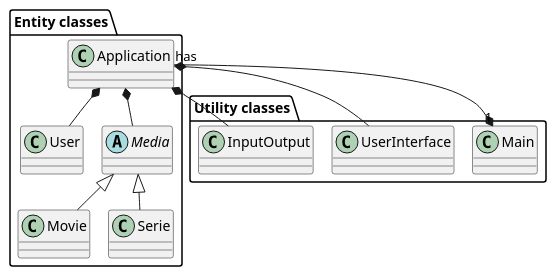
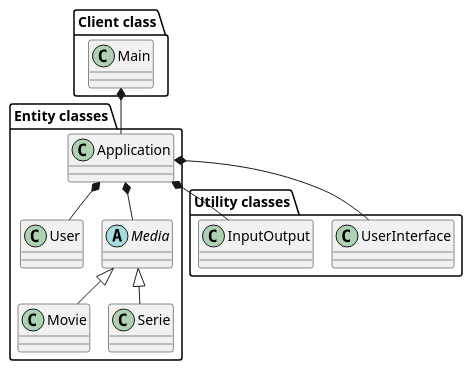
Before and after one commit to badranyoussef/SP3: the diagram in Documentation/classDiagramUpdated.puml, drawn with PlantUML.

```diff
--- a/Documentation/classDiagramUpdated.puml
+++ b/Documentation/classDiagramUpdated.puml
@@ -1,33 +1,36 @@
 @startuml
 'https://plantuml.com/class-diagram
 !pragma layout smetana
 
+'Client Package
+package "Client class"{
+class Main
+}
 
 'Utility Package
 package "Utility classes"{
-class Main
 class UserInterface
 class InputOutput
 }
 
 'Entity Package
 package "Entity classes"{
 class Movie
 class Serie
 class Application
 class User
 abstract Media
 }
 
-'Label on Relations
+'Label on Relations !MANGLER
 Application *-- UserInterface
 Application *-- InputOutput
 Application *-- User
 Application *-- Media
 Media <|-- Serie
 Media <|-- Movie
-Main "1" *-- "has "Application
+Main *-- Application
 
 'Class Methods & Attributes
 
 @enduml
```
